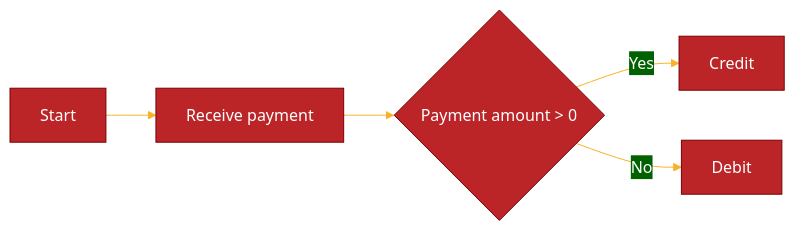
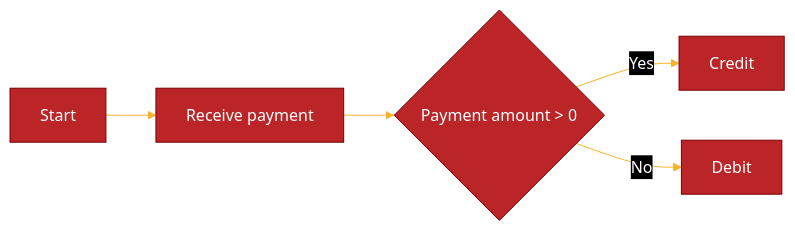
Before and after one commit to ShareMyWebStuff/mermaid-presentation: the second of 2 diagrams in README.md, drawn with Mermaid.

Commit message:
Added seperate files for different charts.

````diff
--- a/README.md
+++ b/README.md
@@ -82,21 +82,22 @@
 ```mermaid
 %%{
   init: {
     'theme': 'base',
     'themeVariables': {
       'primaryColor': '#BB2528',
       'primaryTextColor': '#fff',
       'primaryBorderColor': '#7C0000',
       'lineColor': '#F8B229',
       'secondaryColor': '#006100',
       'tertiaryColor': '#fff',
-      'background': '#f4f4f4'
+      'background': '#f4f4f4',
+      'darkMode': true
     }
   }
 }%%
 flowchart LR
     A[Start] --> B[Receive payment]
     B --> C{Payment amount > 0}
     C --> |Yes| D[Credit]
     C --> |No| E[Debit]
 ```
````
